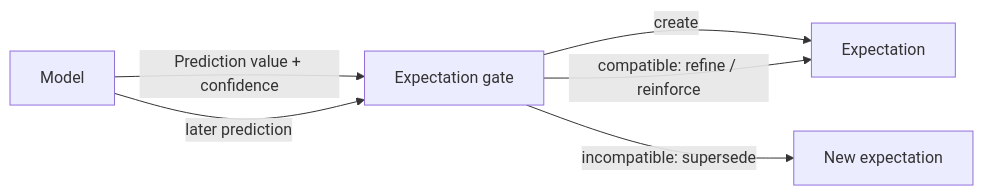
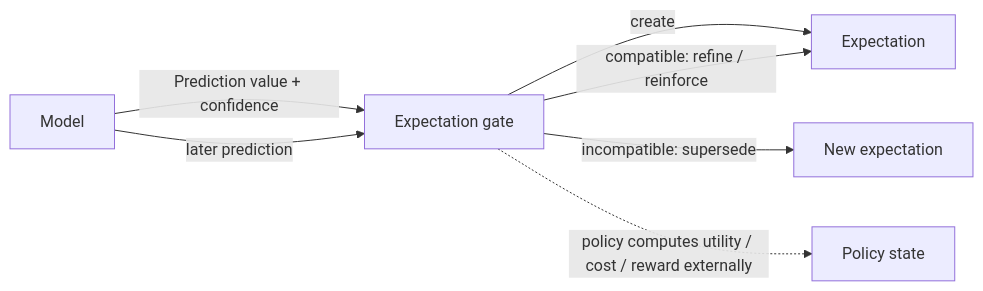
Before and after one commit to skasti/skyn-vaettr: the first of 2 diagrams in docs/expectations.md, drawn with Mermaid. The commit also changed other lines of this file, not shown here.

Commit message:
Keep expectation utility policy outside core type

````diff
--- a/docs/expectations.md
+++ b/docs/expectations.md
@@ -49,8 +48,9 @@
 ```mermaid
 flowchart LR
     M[Model] -->|Prediction value + confidence| G[Expectation gate]
     G -->|create| E[Expectation]
     M -->|later prediction| G
     G -->|compatible: refine / reinforce| E
     G -->|incompatible: supersede| N[New expectation]
+    G -.->|policy computes utility / cost / reward externally| U[Policy state]
 ```
````
